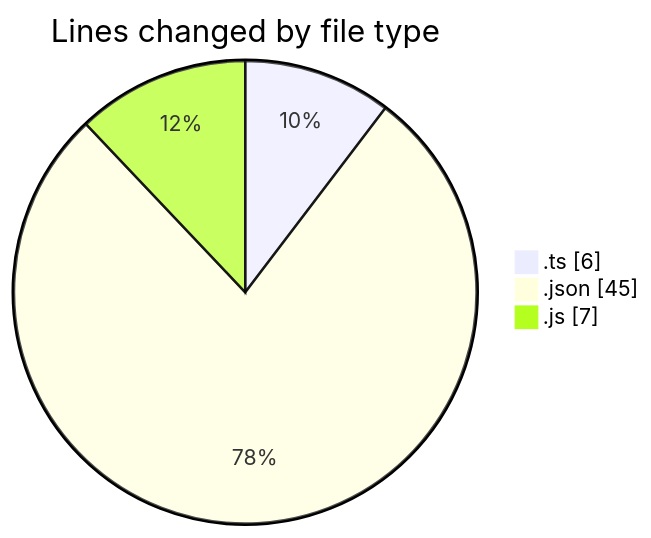
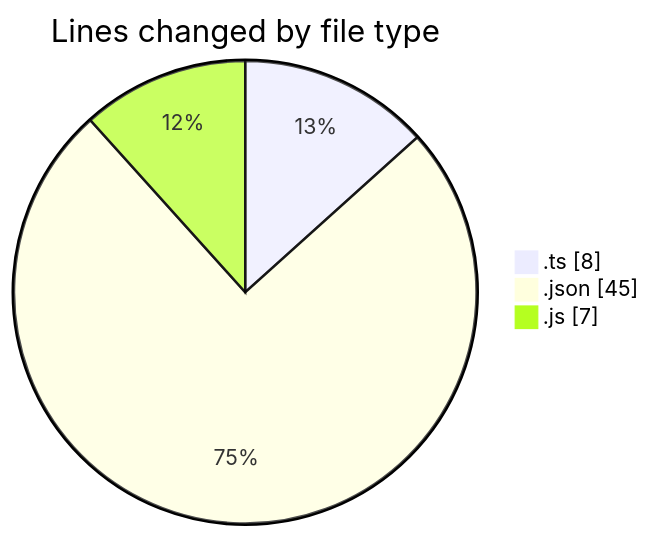
One commit to igalym/code-tracking changed the first of 2 diagrams in 2026-03-02/typescript/README.md. Above: the diagram before and after it, drawn with Mermaid. The commit also changed other lines of this file and 1 other file, not shown here.

````diff
--- a/2026-03-02/typescript/README.md
+++ b/2026-03-02/typescript/README.md
@@ -23,7 +23,7 @@
 ```mermaid
 pie showData
 title Lines changed by file type
-".ts" : 6
+".ts" : 8
 ".json" : 45
 ".js" : 7
 ```
````
